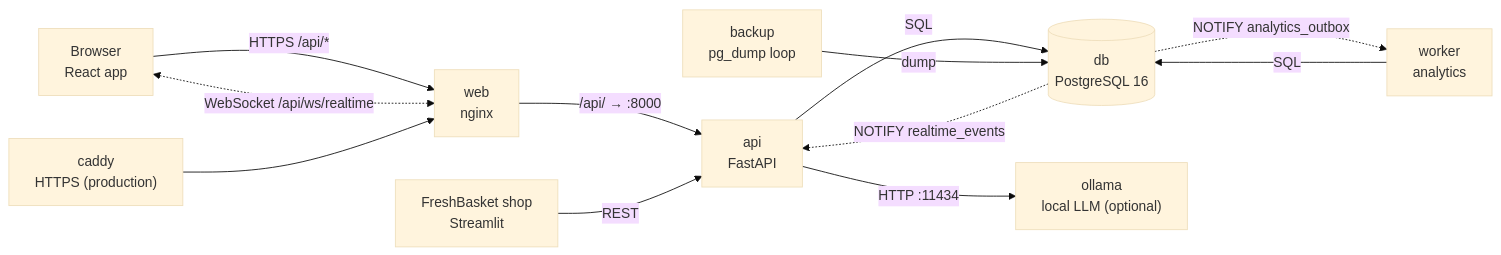
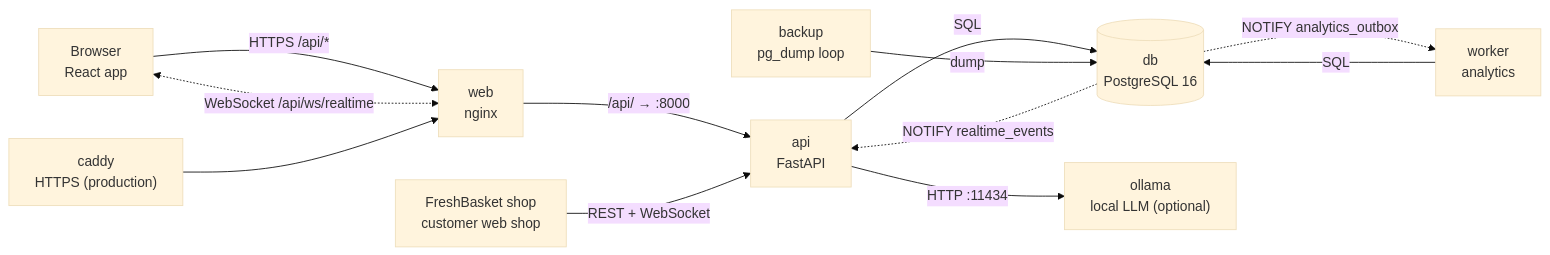
Before and after one commit to a-code-sri/StockPilot-Enterprise: the first of 2 diagrams in docs/ARCHITECTURE.md, drawn with Mermaid (base theme). The commit also changed other lines of this file and 34 other files, not shown here.

Commit message:
FreshBasket Online: customer shop on StockPilot with live updates

````diff
--- a/docs/ARCHITECTURE.md
+++ b/docs/ARCHITECTURE.md
@@ -5,14 +5,14 @@
 ```mermaid
 flowchart LR
     B["Browser<br/>React app"] -- "HTTPS /api/*" --> N["web<br/>nginx"]
     B <-. "WebSocket /api/ws/realtime" .-> N
     N -- "/api/ → :8000" --> A["api<br/>FastAPI"]
-    S["FreshBasket shop<br/>Streamlit"] -- "REST" --> A
+    S["FreshBasket shop<br/>customer web shop"] -- "REST + WebSocket" --> A
     A -- "SQL" --> D[("db<br/>PostgreSQL 16")]
     W["worker<br/>analytics"] -- "SQL" --> D
     D -. "NOTIFY analytics_outbox" .-> W
     D -. "NOTIFY realtime_events" .-> A
     A -- "HTTP :11434" --> O["ollama<br/>local LLM (optional)"]
     K["backup<br/>pg_dump loop"] -- "dump" --> D
     C["caddy<br/>HTTPS (production)"] --> N
 ```
````
